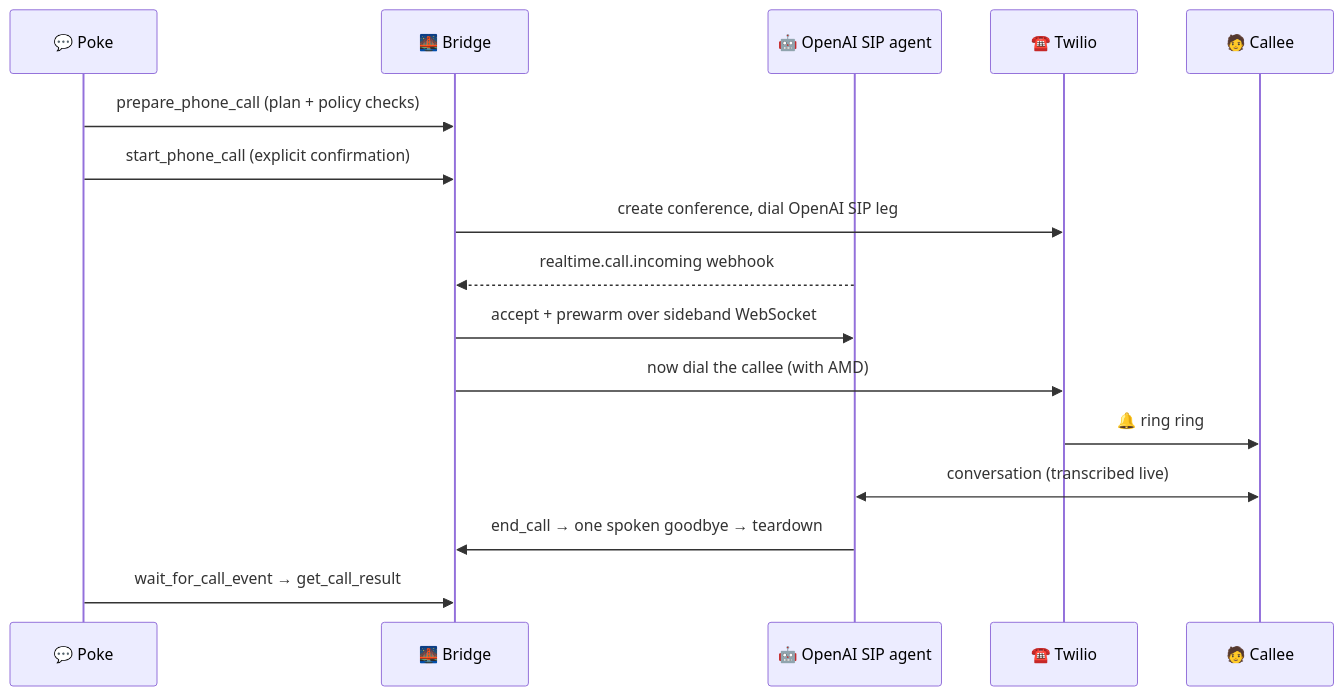
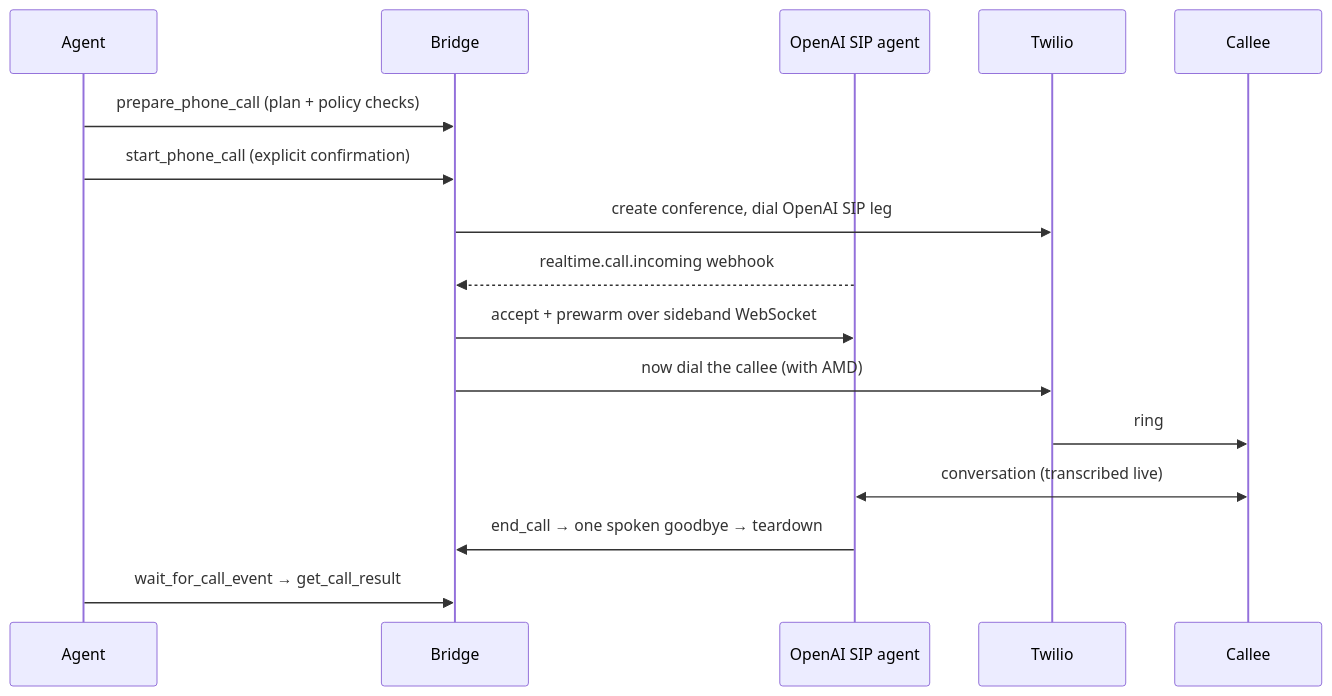
One commit to XiyaoWang0519/agent-call changed the diagram in README.md. Above: the diagram before and after it, drawn with Mermaid. The commit also changed other lines of this file and 37 other files, not shown here.

First line of the commit message:
Rebrand poke-call to Agent Call for OpenClaw/Hermes agents.

````diff
--- a/README.md
+++ b/README.md
@@ -29,19 +7,19 @@
 ```mermaid
 sequenceDiagram
-    participant P as 💬 Poke
-    participant B as 🌉 Bridge
-    participant O as 🤖 OpenAI SIP agent
-    participant T as ☎️ Twilio
-    participant C as 🧑 Callee
+    participant A as Agent
+    participant B as Bridge
+    participant O as OpenAI SIP agent
+    participant T as Twilio
+    participant C as Callee
 
-    P->>B: prepare_phone_call (plan + policy checks)
-    P->>B: start_phone_call (explicit confirmation)
+    A->>B: prepare_phone_call (plan + policy checks)
+    A->>B: start_phone_call (explicit confirmation)
     B->>T: create conference, dial OpenAI SIP leg
     O-->>B: realtime.call.incoming webhook
     B->>O: accept + prewarm over sideband WebSocket
     B->>T: now dial the callee (with AMD)
-    T->>C: 🔔 ring ring
+    T->>C: ring
     O<<->>C: conversation (transcribed live)
     O->>B: end_call → one spoken goodbye → teardown
-    P->>B: wait_for_call_event → get_call_result
+    A->>B: wait_for_call_event → get_call_result
 ```
````
